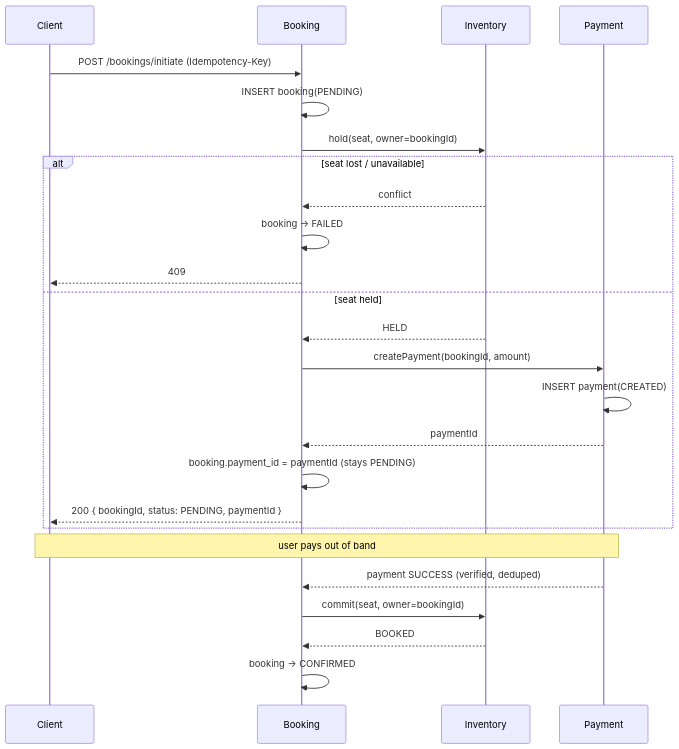
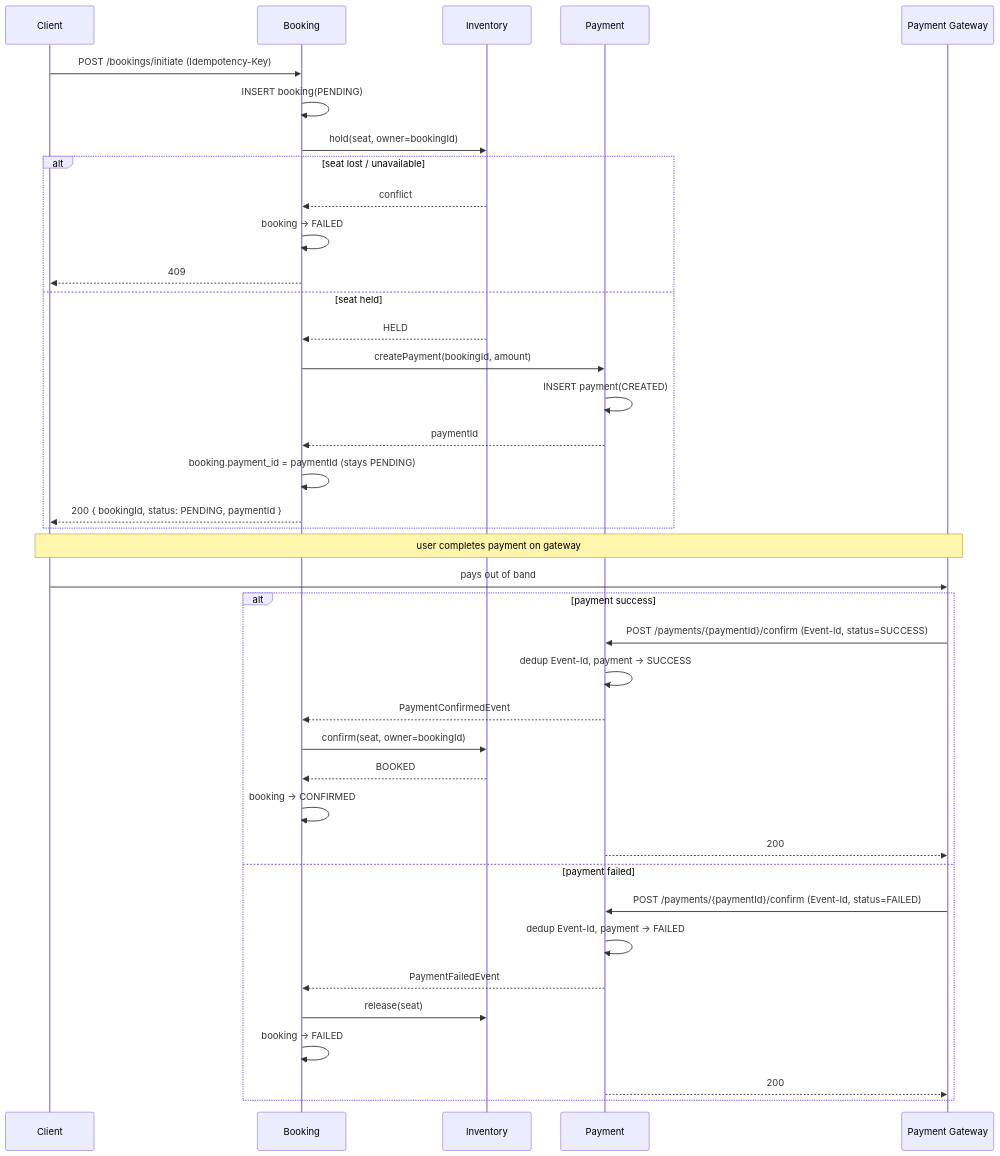
The third of 3 diagrams in main/design.md (ayushmcodes/flightSystem), drawn with Mermaid before and after one commit. The commit also changed other lines of this file and 1 other file, not shown here.

````diff
--- a/main/design.md
+++ b/main/design.md
@@ -187,27 +222,41 @@
 ```mermaid
 sequenceDiagram
   participant U as Client
   participant B as Booking
   participant I as Inventory
   participant P as Payment
+  participant GW as Payment Gateway
   U->>B: POST /bookings/initiate (Idempotency-Key)
   B->>B: INSERT booking(PENDING)
   B->>I: hold(seat, owner=bookingId)
   alt seat lost / unavailable
     I-->>B: conflict
     B->>B: booking → FAILED
     B-->>U: 409
   else seat held
     I-->>B: HELD
     B->>P: createPayment(bookingId, amount)
     P->>P: INSERT payment(CREATED)
     P-->>B: paymentId
     B->>B: booking.payment_id = paymentId (stays PENDING)
     B-->>U: 200 { bookingId, status: PENDING, paymentId }
   end
-  Note over U,P: user pays out of band
-  P-->>B: payment SUCCESS (verified, deduped)
-  B->>I: commit(seat, owner=bookingId)
-  I-->>B: BOOKED
-  B->>B: booking → CONFIRMED
+  Note over U,GW: user completes payment on gateway
+  U->>GW: pays out of band
+  alt payment success
+    GW->>P: POST /payments/{paymentId}/confirm (Event-Id, status=SUCCESS)
+    P->>P: dedup Event-Id, payment → SUCCESS
+    P-->>B: PaymentConfirmedEvent
+    B->>I: confirm(seat, owner=bookingId)
+    I-->>B: BOOKED
+    B->>B: booking → CONFIRMED
+    P-->>GW: 200
+  else payment failed
+    GW->>P: POST /payments/{paymentId}/confirm (Event-Id, status=FAILED)
+    P->>P: dedup Event-Id, payment → FAILED
+    P-->>B: PaymentFailedEvent
+    B->>I: release(seat)
+    B->>B: booking → FAILED
+    P-->>GW: 200
+  end
 ```
````
